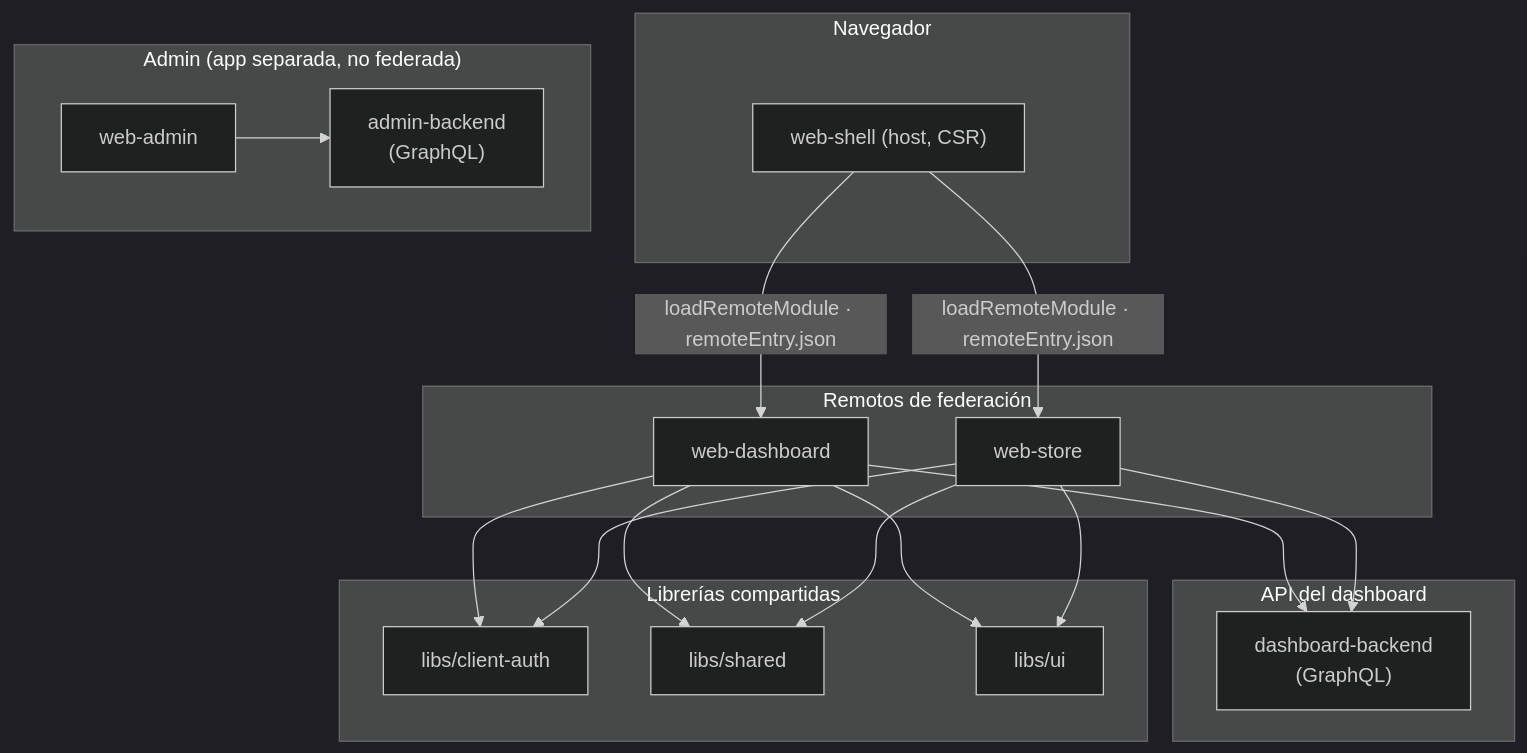
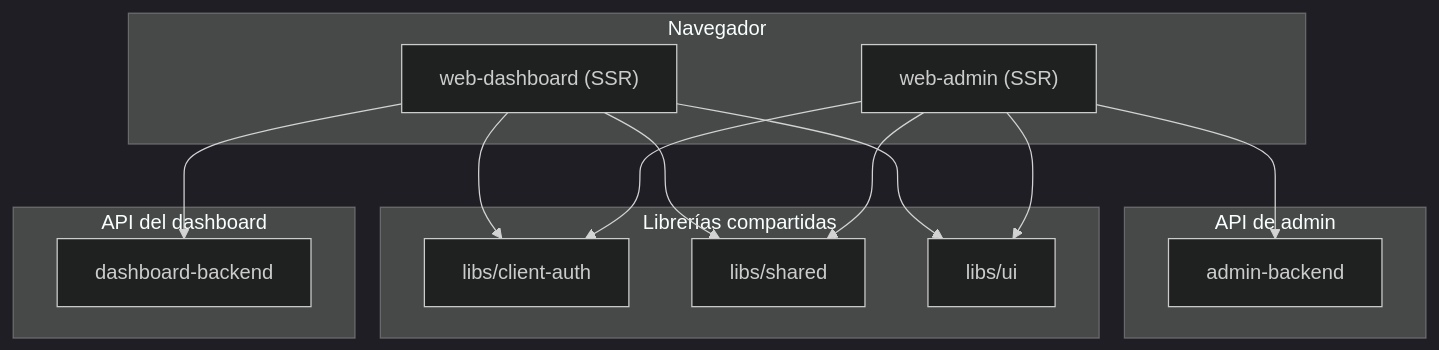
One commit to JoelNieto/skooltrak changed the second of 2 diagrams in README.md. Above: the diagram before and after it, drawn with Mermaid (dark theme). The commit also changed other lines of this file and 86 other files, not shown here.

Commit message:
chore: refactor web-dashboard to remove Native Federation setup; update Dockerfile, project configuration, and routing for standalone Angular SSR application

````diff
--- a/README.md
+++ b/README.md
@@ -194,38 +182,30 @@
 ```mermaid
 flowchart TB
   subgraph Client["Navegador"]
-    Shell["web-shell (host, CSR)"]
+    Dash["web-dashboard (SSR)"]
+    WA["web-admin (SSR)"]
   end
 
-  subgraph Remotes["Remotos de federación"]
-    Dash["web-dashboard"]
-    Store["web-store"]
+  subgraph DashboardStack["API del dashboard"]
+    DB["dashboard-backend"]
   end
 
-  subgraph API["API del dashboard"]
-    DB["dashboard-backend\n(GraphQL)"]
-  end
-
-  subgraph AdminStack["Admin (app separada, no federada)"]
-    WA["web-admin"]
-    AB["admin-backend\n(GraphQL)"]
+  subgraph AdminStack["API de admin"]
+    AB["admin-backend"]
   end
 
   subgraph Libs["Librerías compartidas"]
     CA["libs/client-auth"]
     SH["libs/shared"]
     UI["libs/ui"]
   end
 
-  Shell -->|"loadRemoteModule · remoteEntry.json"| Dash
-  Shell -->|"loadRemoteModule · remoteEntry.json"| Store
   Dash --> DB
-  Store --> DB
   Dash --> CA
-  Store --> CA
   Dash --> SH
-  Store --> SH
   Dash --> UI
-  Store --> UI
   WA --> AB
+  WA --> CA
+  WA --> SH
+  WA --> UI
 ```
````
